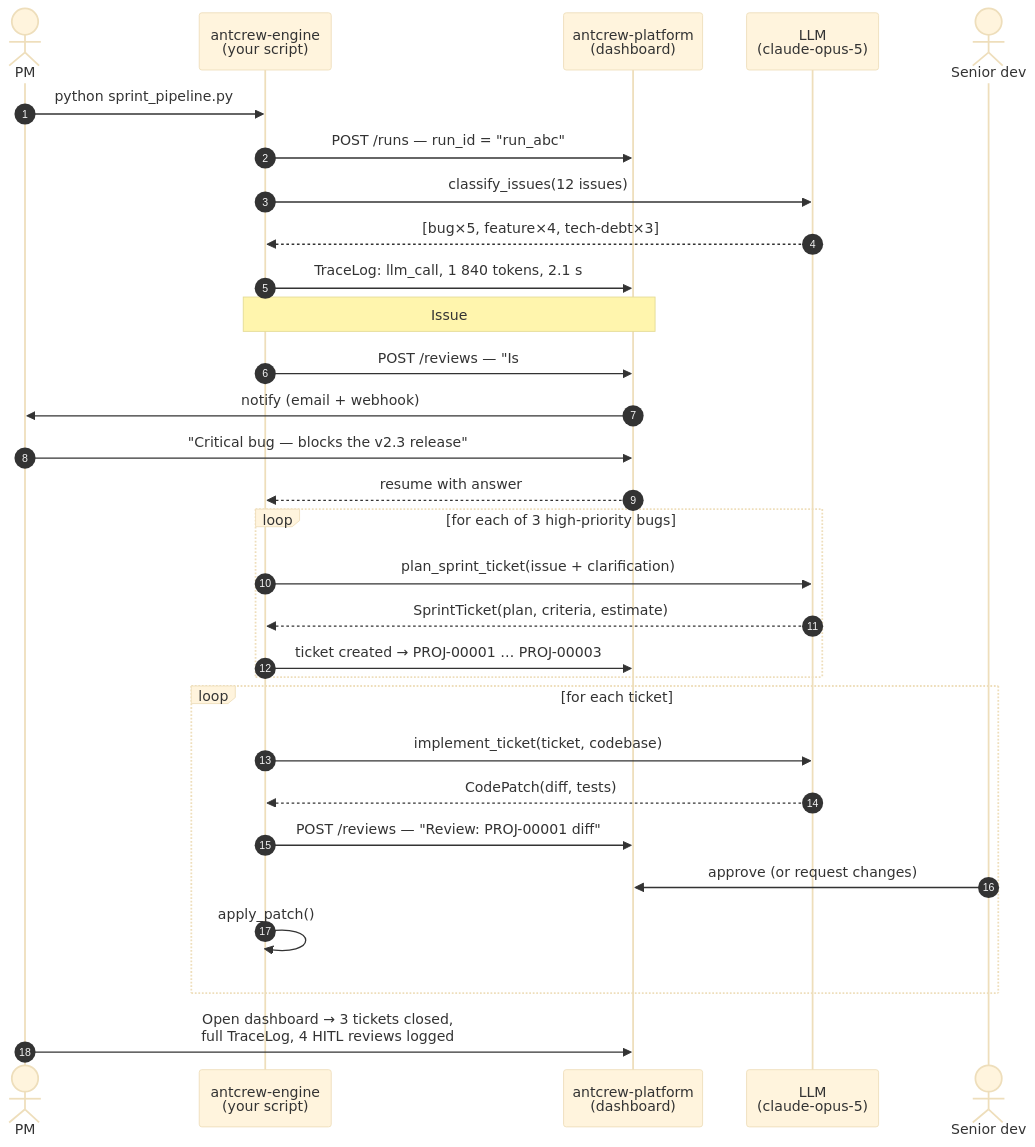
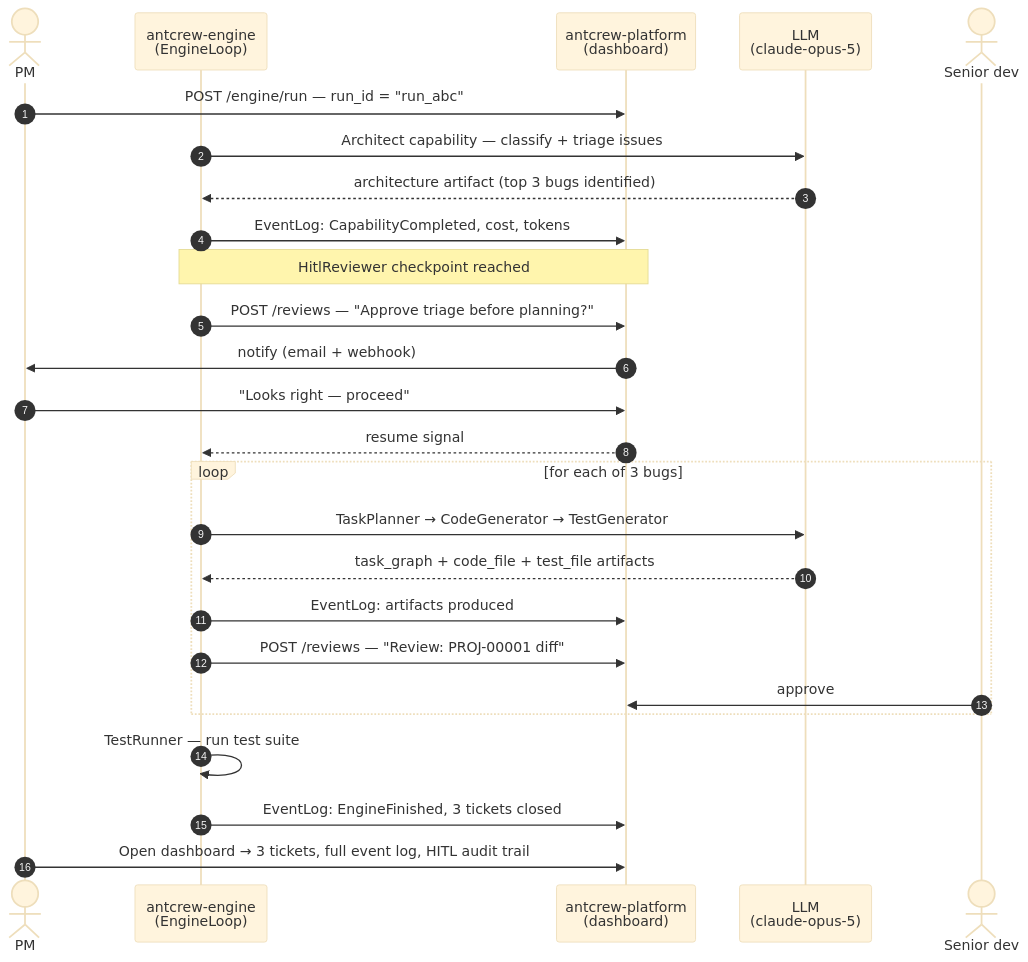
Before and after one commit to iagop03/antcrew-docs: the diagram in docs/guides/fullstack-team.md, drawn with Mermaid (base theme). The commit also changed other lines of this file and 17 other files, not shown here.

````diff
--- a/docs/guides/fullstack-team.md
+++ b/docs/guides/fullstack-team.md
@@ -162,39 +105,35 @@
 ```mermaid
 sequenceDiagram
     autonumber
     actor PM
-    participant Engine as antcrew-engine<br/>(your script)
+    participant Engine as antcrew-engine<br/>(EngineLoop)
     participant Platform as antcrew-platform<br/>(dashboard)
     participant LLM as LLM<br/>(claude-opus-5)
     actor Reviewer as Senior dev
 
-    PM->>Engine: python sprint_pipeline.py
-    Engine->>Platform: POST /runs — run_id = "run_abc"
+    PM->>Platform: POST /engine/run — run_id = "run_abc"
 
-    Engine->>LLM: classify_issues(12 issues)
-    LLM-->>Engine: [bug×5, feature×4, tech-debt×3]
-    Engine->>Platform: TraceLog: llm_call, 1 840 tokens, 2.1 s
+    Engine->>LLM: Architect capability — classify + triage issues
+    LLM-->>Engine: architecture artifact (top 3 bugs identified)
+    Engine->>Platform: EventLog: CapabilityCompleted, cost, tokens
 
-    Note over Engine,Platform: Issue #47 is ambiguous → HITL
+    Note over Engine,Platform: HitlReviewer checkpoint reached
 
-    Engine->>Platform: POST /reviews — "Is #47 a bug or a product decision?"
+    Engine->>Platform: POST /reviews — "Approve triage before planning?"
     Platform->>PM: notify (email + webhook)
-    PM->>Platform: "Critical bug — blocks the v2.3 release"
-    Platform-->>Engine: resume with answer
+    PM->>Platform: "Looks right — proceed"
+    Platform-->>Engine: resume signal
 
-    loop for each of 3 high-priority bugs
-        Engine->>LLM: plan_sprint_ticket(issue + clarification)
-        LLM-->>Engine: SprintTicket(plan, criteria, estimate)
-        Engine->>Platform: ticket created → PROJ-00001 … PROJ-00003
+    loop for each of 3 bugs
+        Engine->>LLM: TaskPlanner → CodeGenerator → TestGenerator
+        LLM-->>Engine: task_graph + code_file + test_file artifacts
+        Engine->>Platform: EventLog: artifacts produced
+        Engine->>Platform: POST /reviews — "Review: PROJ-00001 diff"
+        Reviewer->>Platform: approve
     end
 
-    loop for each ticket
-        Engine->>LLM: implement_ticket(ticket, codebase)
-        LLM-->>Engine: CodePatch(diff, tests)
-        Engine->>Platform: POST /reviews — "Review: PROJ-00001 diff"
-        Reviewer->>Platform: approve (or request changes)
-        Engine->>Engine: apply_patch()
-    end
+    Engine->>Engine: TestRunner — run test suite
+    Engine->>Platform: EventLog: EngineFinished, 3 tickets closed
 
-    PM->>Platform: Open dashboard → 3 tickets closed,<br/>full TraceLog, 4 HITL reviews logged
+    PM->>Platform: Open dashboard → 3 tickets, full event log, HITL audit trail
 ```
````
